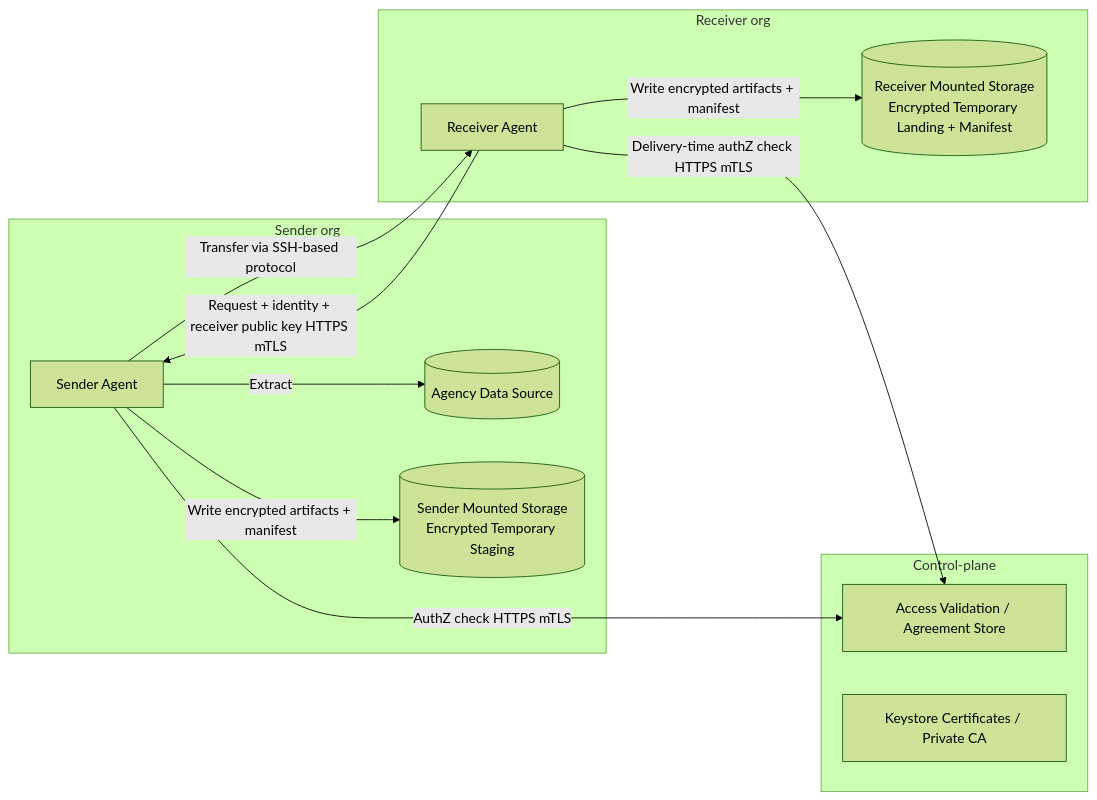
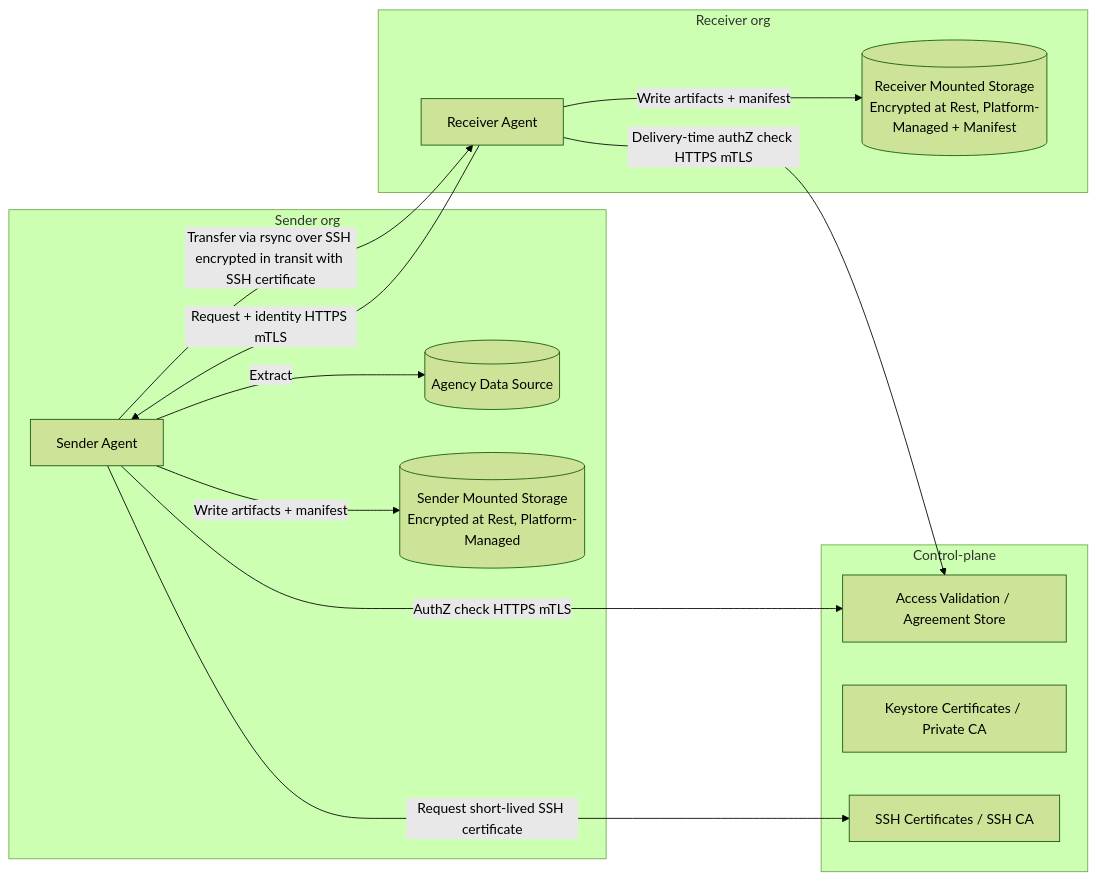
Before and after one commit to GSA-TTS/TTSE-Redwood: the second of 8 diagrams in docs/adr/0001-fde-architecture-diagrams-v003.md, drawn with Mermaid (forest theme). The commit also changed other lines of this file and 1 other file, not shown here.

First line of the commit message:
refactor: replace ephemeral key encryption with SSH CA certs and platform-managed encryption at rest

````diff
--- a/docs/adr/0001-fde-architecture-diagrams-v003.md
+++ b/docs/adr/0001-fde-architecture-diagrams-v003.md
@@ -48,26 +58,31 @@
 ```mermaid
 flowchart LR
-  subgraph ControlPlane[Control-plane]
-    AV[Access Validation / Agreement Store]
-    CA[Keystore Certificates / Private CA]
-  end
+ subgraph ControlPlane[Control-plane]
+   AV[Access Validation / Agreement Store]
+   CA[Keystore Certificates / Private CA]
+   SCA[SSH Certificates / SSH CA]
+ end
 
-  subgraph SenderOrg[Sender org]
-    S[Sender Agent]
-    SRC[(Agency Data Source)]
-    SMS[(Sender Mounted Storage<br/>Encrypted Temporary Staging)]
-  end
 
-  subgraph ReceiverOrg[Receiver org]
-    RMS[(Receiver Mounted Storage<br/>Encrypted Temporary Landing + Manifest)]
-    R[Receiver Agent]
-  end
+ subgraph SenderOrg[Sender org]
+   S[Sender Agent]
+   SRC[(Agency Data Source)]
+   SMS[(Sender Mounted Storage<br/>Encrypted at Rest, Platform-Managed)]
+ end
 
-  R -->|Request + identity + receiver public key HTTPS mTLS| S
-  S -->|AuthZ check HTTPS mTLS| AV
-  S -->|Extract| SRC
-  S -->|Write encrypted artifacts + manifest| SMS
-  S -->|Transfer via SSH-based protocol| R
-  R -->|Delivery-time authZ check HTTPS mTLS| AV
-  R -->|Write encrypted artifacts + manifest| RMS
+
+ subgraph ReceiverOrg[Receiver org]
+   RMS[(Receiver Mounted Storage<br/>Encrypted at Rest, Platform-Managed + Manifest)]
+   R[Receiver Agent]
+ end
+
+
+ R -->|Request + identity HTTPS mTLS| S
+ S -->|AuthZ check HTTPS mTLS| AV
+ S -->|Extract| SRC
+ S -->|Write artifacts + manifest| SMS
+ S -->|Request short-lived SSH certificate| SCA
+ S -->|Transfer via rsync over SSH encrypted in transit with SSH certificate| R
+ R -->|Delivery-time authZ check HTTPS mTLS| AV
+ R -->|Write artifacts + manifest| RMS
 ```
````
